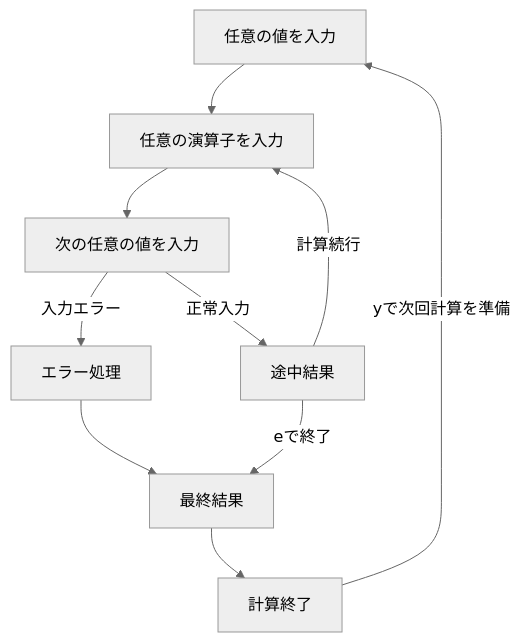
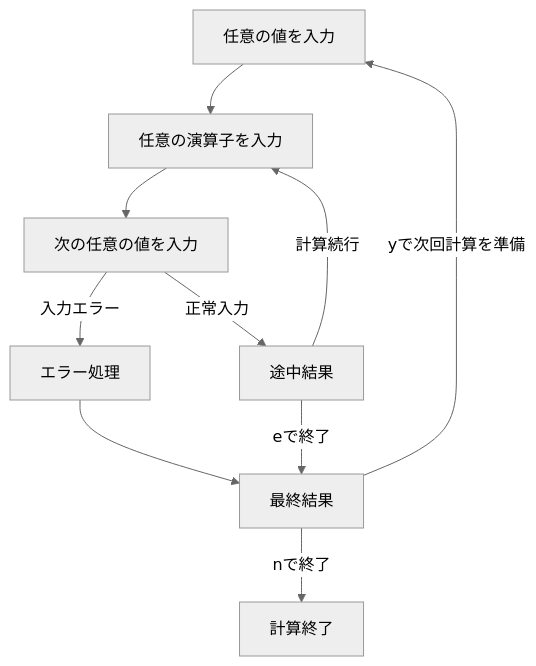
The diagram in calculator/README.md (ibit/tools), drawn with Mermaid (neutral theme) before and after one commit.

````diff
--- a/calculator/README.md
+++ b/calculator/README.md
@@ -5,16 +5,17 @@
 ```mermaid
 flowchart TD
     A[任意の値を入力]
     B[任意の演算子を入力]
     C[次の任意の値を入力]
     D[途中結果]
     E[エラー処理]
     F[最終結果]
     G[計算終了]
 
     A --> B --> C
     D --> |計算続行|B
     C --> |入力エラー|E --> F
     C --> |正常入力|D -->|eで終了| F
-    F --> G --> |yで次回計算を準備|A
+    F -->|nで終了| G 
+    F -->|yで次回計算を準備| A
 ```
````
